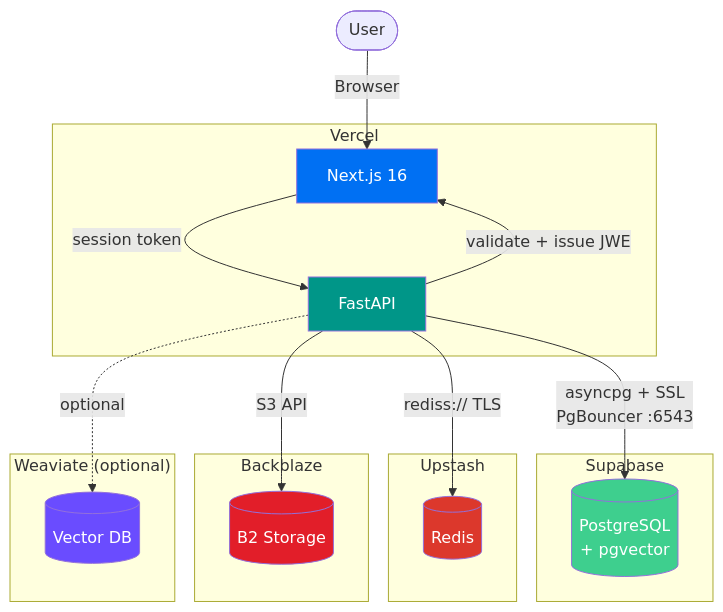
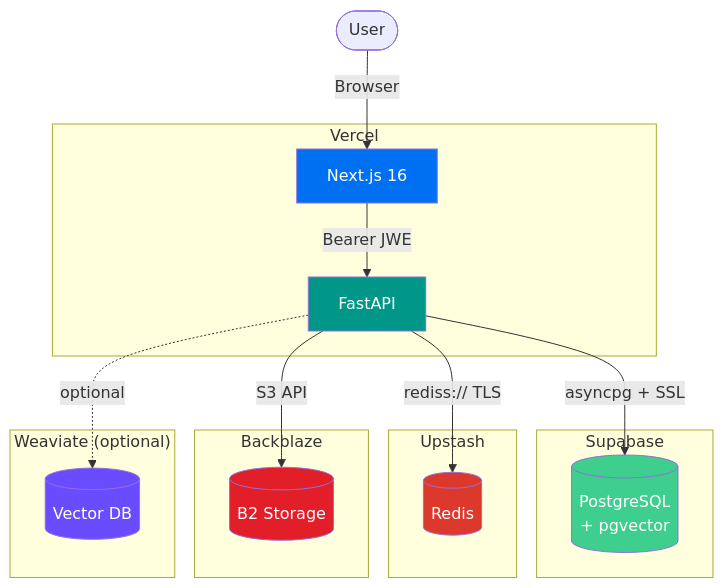
Before and after one commit to wooloolies/edcurate: the diagram in docs/ARCHITECTURE.md, drawn with Mermaid.

Commit message:
docs: simplify architecture diagram
Generated with oh-my-agent

````diff
--- a/docs/ARCHITECTURE.md
+++ b/docs/ARCHITECTURE.md
@@ -5,38 +5,37 @@
 ```mermaid
 graph TB
     subgraph Vercel
         WEB[Next.js 16]
         API[FastAPI]
     end
 
     subgraph Supabase
         PG[(PostgreSQL<br/>+ pgvector)]
     end
 
     subgraph Upstash
         REDIS[(Redis)]
     end
 
     subgraph Backblaze
         B2[(B2 Storage)]
     end
 
     subgraph Weaviate["Weaviate (optional)"]
         VDB[(Vector DB)]
     end
 
     USER([User]) -->|Browser| WEB
-    WEB -->|session token| API
-    API -->|validate + issue JWE| WEB
-    API -->|asyncpg + SSL<br/>PgBouncer :6543| PG
+    WEB -->|Bearer JWE| API
+    API -->|asyncpg + SSL| PG
     API -->|rediss:// TLS| REDIS
     API -->|S3 API| B2
     API -.->|optional| VDB
 
     style WEB fill:#0070f3,color:#fff
     style API fill:#009688,color:#fff
     style PG fill:#3ecf8e,color:#fff
     style REDIS fill:#dc382c,color:#fff
     style B2 fill:#e21e29,color:#fff
     style VDB fill:#6a4cff,color:#fff
 ```
````
